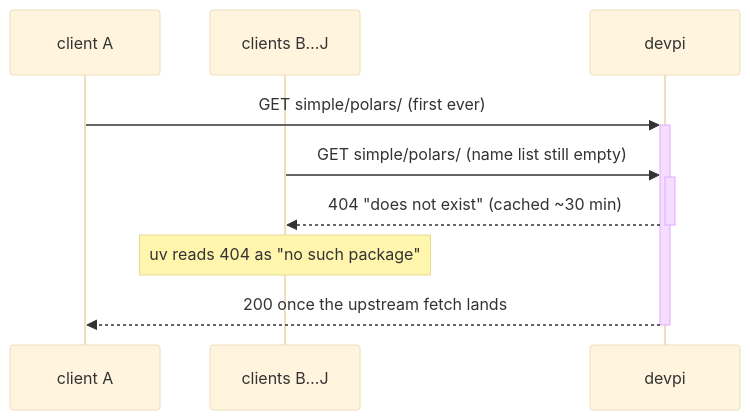
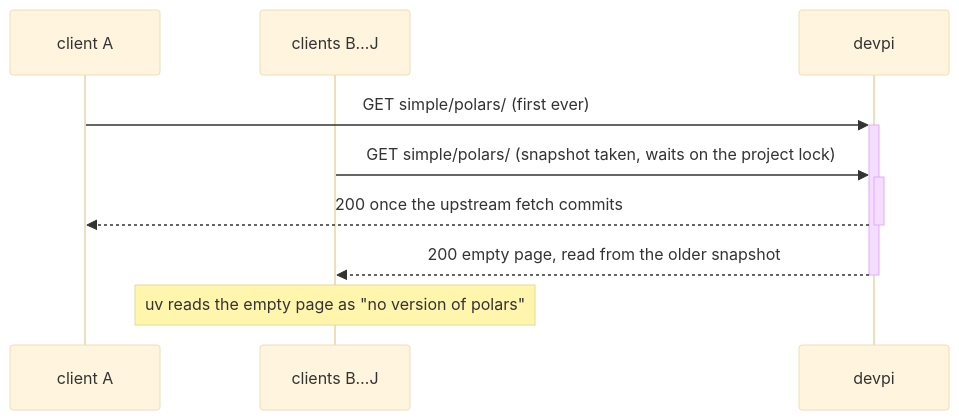
Before and after one commit to gaborbernat/peryx: the diagram in site/diagrams/devpi-concurrency.mmd, drawn with Mermaid (base theme). The commit also changed 50 other files, not shown here.

```diff
--- a/site/diagrams/devpi-concurrency.mmd
+++ b/site/diagrams/devpi-concurrency.mmd
@@ -1,9 +1,9 @@
 sequenceDiagram
   participant A as client A
   participant B as clients B…J
   participant D as devpi
   A->>+D: GET simple/polars/ (first ever)
-  B->>+D: GET simple/polars/ (name list still empty)
-  D-->>-B: 404 "does not exist" (cached ~30 min)
-  Note over B: uv reads 404 as "no such package"
-  D-->>-A: 200 once the upstream fetch lands
+  B->>+D: GET simple/polars/ (snapshot taken, waits on the project lock)
+  D-->>-A: 200 once the upstream fetch commits
+  D-->>-B: 200 empty page, read from the older snapshot
+  Note over B: uv reads the empty page as "no version of polars"
```
